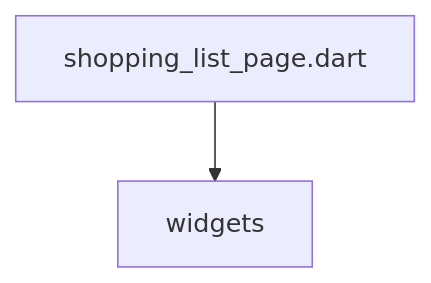
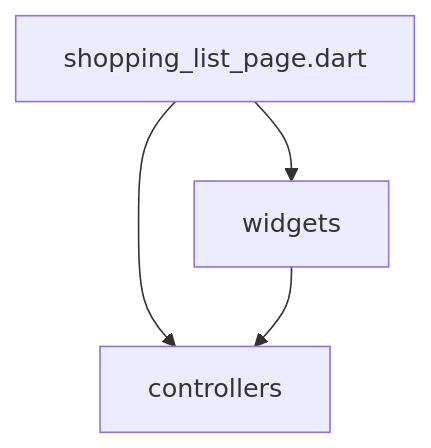
Before and after one commit to repinw/yamt: the diagram in lib/features/shoppinglist/presentation/DEPS.md, drawn with Mermaid. The commit also changed 107 other files, not shown here.

Commit message:
ref(yamt): architecture fix

````diff
--- a/lib/features/shoppinglist/presentation/DEPS.md
+++ b/lib/features/shoppinglist/presentation/DEPS.md
@@ -6,4 +6,6 @@
 ```mermaid
 flowchart TD;
+shopping_list_page.dart-->controllers;
 shopping_list_page.dart-->widgets;
+widgets-->controllers;
 ```
````
